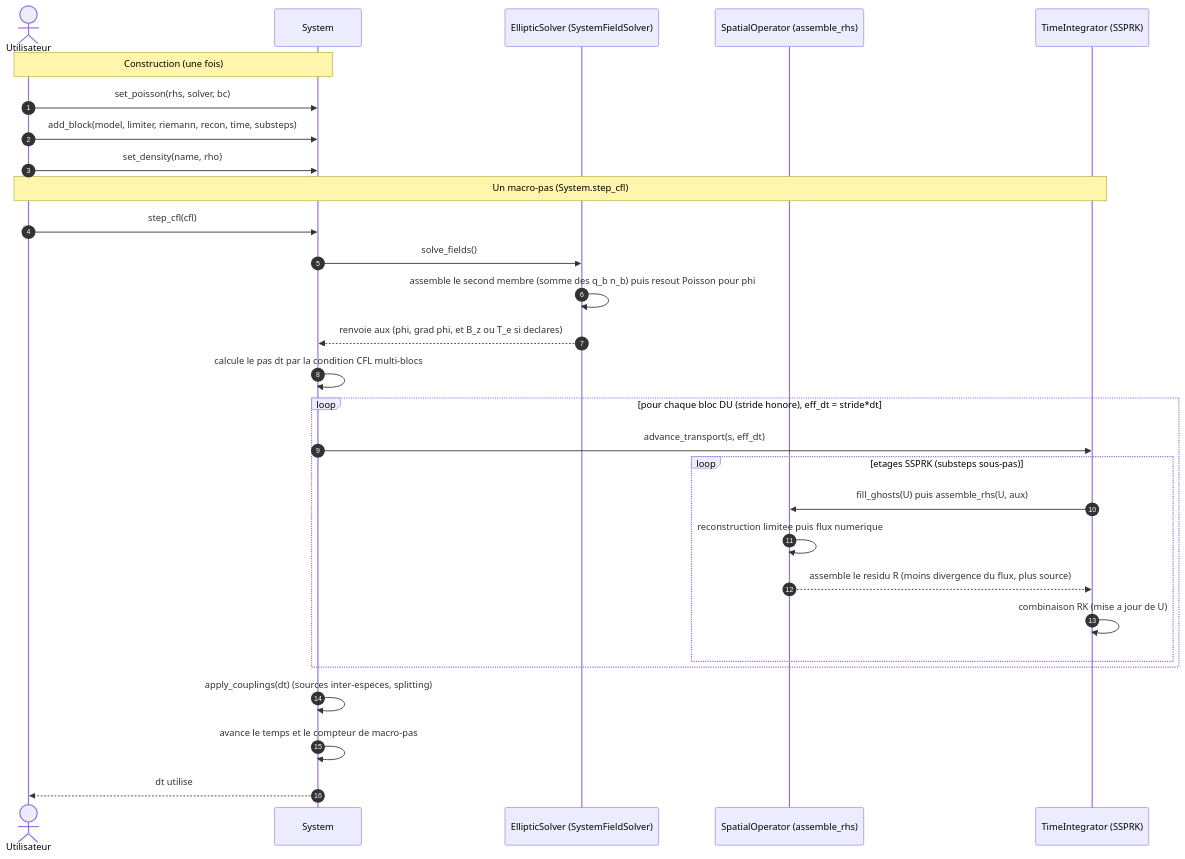
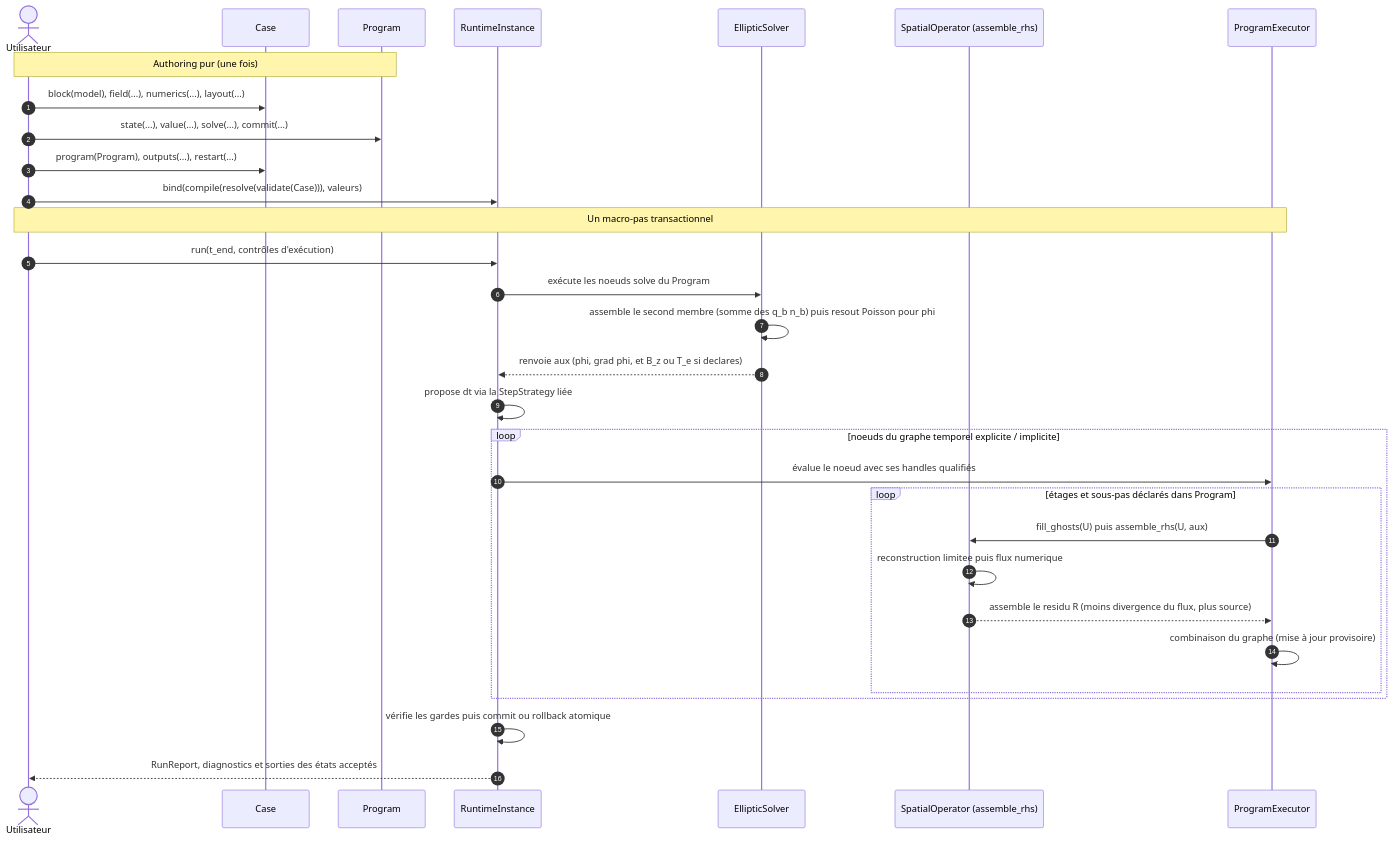
The third of 4 diagrams in docs/ARCHITECTURE.md (wolf75222/PoPS), drawn with Mermaid before and after one commit. The commit also changed other lines of this file and 1 other file, not shown here.

Commit message:
docs(architecture): describe the final lifecycle

````diff
--- a/docs/ARCHITECTURE.md
+++ b/docs/ARCHITECTURE.md
@@ -433,34 +434,36 @@
 ```mermaid
 sequenceDiagram
     autonumber
     actor Utilisateur
-    participant System
-    participant EllipticSolver as EllipticSolver (SystemFieldSolver)
+    participant Case
+    participant Program
+    participant Runtime as RuntimeInstance
+    participant EllipticSolver as EllipticSolver
     participant SpatialOperator as SpatialOperator (assemble_rhs)
-    participant TimeIntegrator as TimeIntegrator (SSPRK)
+    participant Executor as ProgramExecutor
 
-    Note over Utilisateur,System: Construction (une fois)
-    Utilisateur->>System: set_poisson(rhs, solver, bc)
-    Utilisateur->>System: add_block(model, limiter, riemann, recon, time, substeps)
-    Utilisateur->>System: set_density(name, rho)
+    Note over Utilisateur,Program: Authoring pur (une fois)
+    Utilisateur->>Case: block(model), field(...), numerics(...), layout(...)
+    Utilisateur->>Program: state(...), value(...), solve(...), commit(...)
+    Utilisateur->>Case: program(Program), outputs(...), restart(...)
+    Utilisateur->>Runtime: bind(compile(resolve(validate(Case))), valeurs)
 
-    Note over Utilisateur,TimeIntegrator: Un macro-pas (System.step_cfl)
-    Utilisateur->>System: step_cfl(cfl)
-    System->>EllipticSolver: solve_fields()
+    Note over Utilisateur,Executor: Un macro-pas transactionnel
+    Utilisateur->>Runtime: run(t_end, contrôles d'exécution)
+    Runtime->>EllipticSolver: exécute les noeuds solve du Program
     EllipticSolver->>EllipticSolver: assemble le second membre (somme des q_b n_b) puis resout Poisson pour phi
-    EllipticSolver-->>System: renvoie aux (phi, grad phi, et B_z ou T_e si declares)
-    System->>System: calcule le pas dt par la condition CFL multi-blocs
+    EllipticSolver-->>Runtime: renvoie aux (phi, grad phi, et B_z ou T_e si declares)
+    Runtime->>Runtime: propose dt via la StepStrategy liée
 
-    loop pour chaque bloc DU (stride honore), eff_dt = stride*dt
-        System->>TimeIntegrator: advance_transport(s, eff_dt)
-        loop etages SSPRK (substeps sous-pas)
-            TimeIntegrator->>SpatialOperator: fill_ghosts(U) puis assemble_rhs(U, aux)
+    loop noeuds du graphe temporel explicite / implicite
+        Runtime->>Executor: évalue le noeud avec ses handles qualifiés
+        loop étages et sous-pas déclarés dans Program
+            Executor->>SpatialOperator: fill_ghosts(U) puis assemble_rhs(U, aux)
             SpatialOperator->>SpatialOperator: reconstruction limitee puis flux numerique
-            SpatialOperator-->>TimeIntegrator: assemble le residu R (moins divergence du flux, plus source)
-            TimeIntegrator->>TimeIntegrator: combinaison RK (mise a jour de U)
+            SpatialOperator-->>Executor: assemble le residu R (moins divergence du flux, plus source)
+            Executor->>Executor: combinaison du graphe (mise à jour provisoire)
         end
     end
-    System->>System: apply_couplings(dt) (sources inter-especes, splitting)
-    System->>System: avance le temps et le compteur de macro-pas
-    System-->>Utilisateur: dt utilise
+    Runtime->>Runtime: vérifie les gardes puis commit ou rollback atomique
+    Runtime-->>Utilisateur: RunReport, diagnostics et sorties des états acceptés
 ```
````
